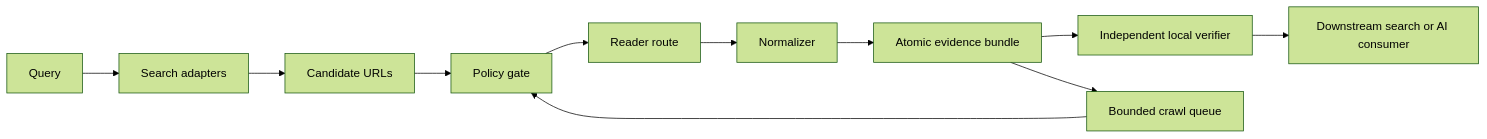
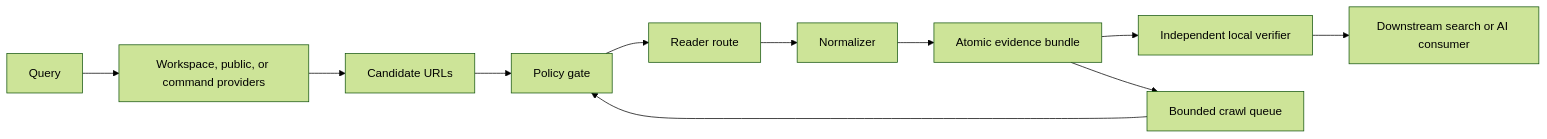
One commit to estelledc/tracefetch changed the diagram in docs/architecture.md. Above: the diagram before and after it, drawn with Mermaid (forest theme). The commit also changed other lines of this file and 48 other files, not shown here.

````diff
--- a/docs/architecture.md
+++ b/docs/architecture.md
@@ -9,13 +9,13 @@
 ```mermaid
 flowchart LR
-    Q["Query"] --> S["Search adapters"]
+    Q["Query"] --> S["Workspace, public, or command providers"]
     S --> C["Candidate URLs"]
     C --> G["Policy gate"]
     G --> R["Reader route"]
     R --> N["Normalizer"]
     N --> B["Atomic evidence bundle"]
     B --> V["Independent local verifier"]
     V --> D["Downstream search or AI consumer"]
     B --> K["Bounded crawl queue"]
     K --> G
 ```
````
